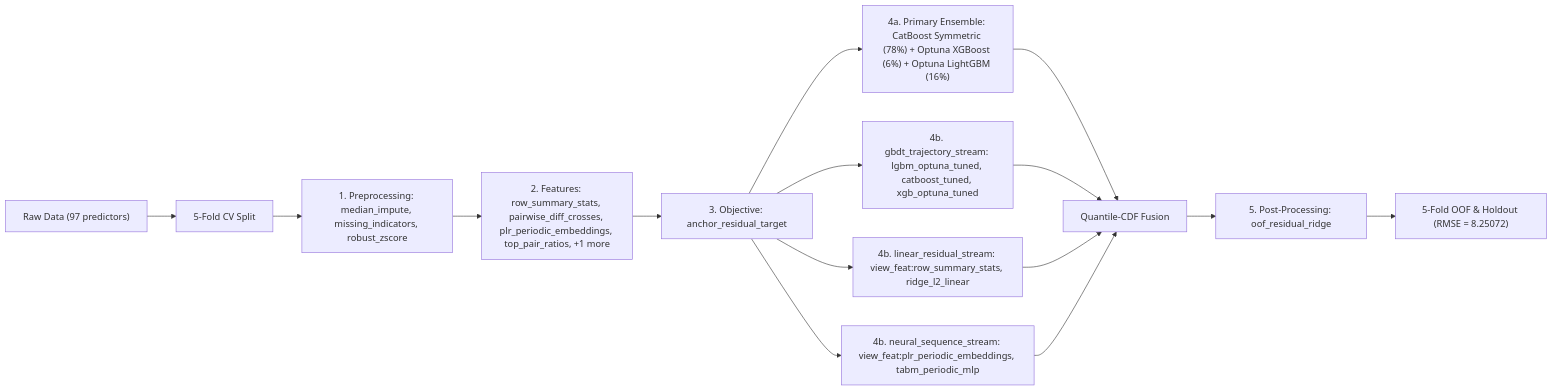
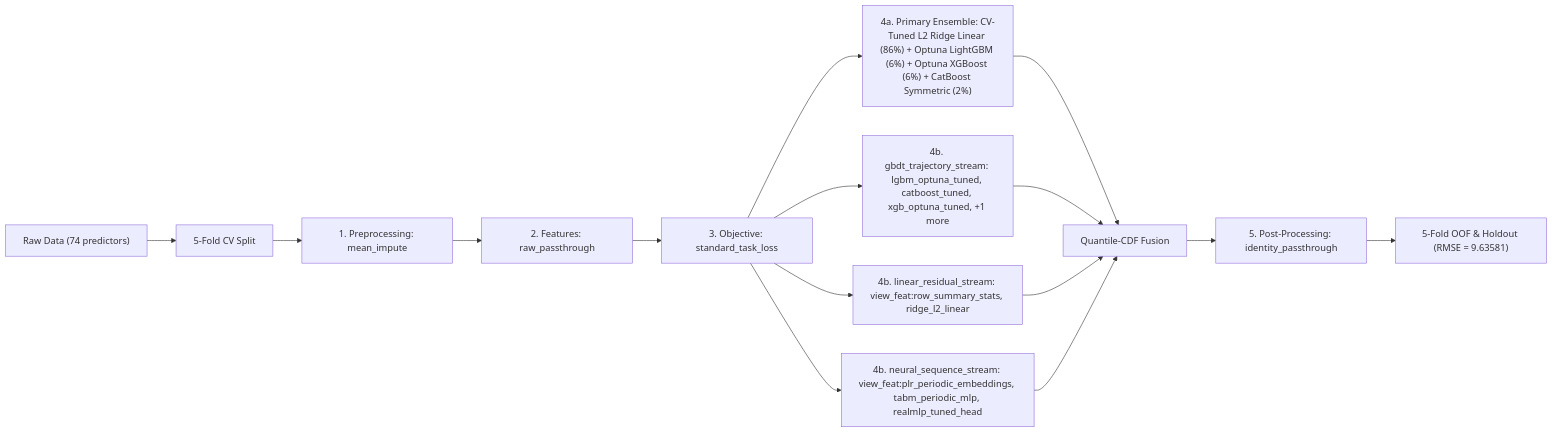
The diagram in README.md (stefanoclss/ROGII-Wellbore-Geology-Prediction), drawn with Mermaid before and after one commit. The commit also changed other lines of this file, not shown here.

First line of the commit message:
docs(readme): refresh verified OOF benchmark & build ledger (RMSE=9.63581)

````diff
--- a/README.md
+++ b/README.md
@@ -71,17 +72,17 @@
 ```mermaid
 flowchart LR
-    DATA["Raw Data (97 predictors)"] --> SPLIT["5-Fold CV Split"]
-    SPLIT --> PRE["1. Preprocessing: median_impute, missing_indicators, robust_zscore"]
-    PRE --> FEAT["2. Features: row_summary_stats, pairwise_diff_crosses, plr_periodic_embeddings, top_pair_ratios, +1 more"]
-    FEAT --> OBJ["3. Objective: anchor_residual_target"]
-    OBJ --> M0["4a. Primary Ensemble: CatBoost Symmetric (78%) + Optuna XGBoost (6%) + Optuna LightGBM (16%)"]
+    DATA["Raw Data (74 predictors)"] --> SPLIT["5-Fold CV Split"]
+    SPLIT --> PRE["1. Preprocessing: mean_impute"]
+    PRE --> FEAT["2. Features: raw_passthrough"]
+    FEAT --> OBJ["3. Objective: standard_task_loss"]
+    OBJ --> M0["4a. Primary Ensemble: CV-Tuned L2 Ridge Linear (86%) + Optuna LightGBM (6%) + Optuna XGBoost (6%) + CatBoost Symmetric (2%)"]
     M0 --> FUSE["Quantile-CDF Fusion"]
-    OBJ --> S1["4b. gbdt_trajectory_stream: lgbm_optuna_tuned, catboost_tuned, xgb_optuna_tuned"]
+    OBJ --> S1["4b. gbdt_trajectory_stream: lgbm_optuna_tuned, catboost_tuned, xgb_optuna_tuned, +1 more"]
     S1 --> FUSE
     OBJ --> S2["4b. linear_residual_stream: view_feat:row_summary_stats, ridge_l2_linear"]
     S2 --> FUSE
-    OBJ --> S3["4b. neural_sequence_stream: view_feat:plr_periodic_embeddings, tabm_periodic_mlp"]
+    OBJ --> S3["4b. neural_sequence_stream: view_feat:plr_periodic_embeddings, tabm_periodic_mlp, realmlp_tuned_head"]
     S3 --> FUSE
-    FUSE --> POST["5. Post-Processing: oof_residual_ridge"]
-    POST --> OUT["5-Fold OOF & Holdout (RMSE = 8.25072)"]
+    FUSE --> POST["5. Post-Processing: identity_passthrough"]
+    POST --> OUT["5-Fold OOF & Holdout (RMSE = 9.63581)"]
 ```
````
